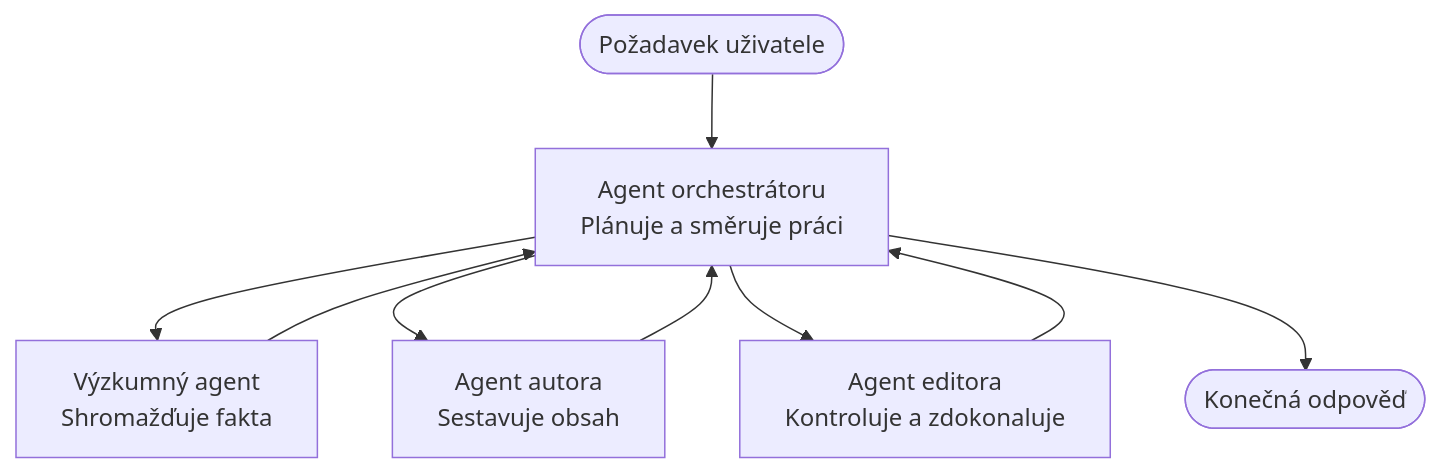
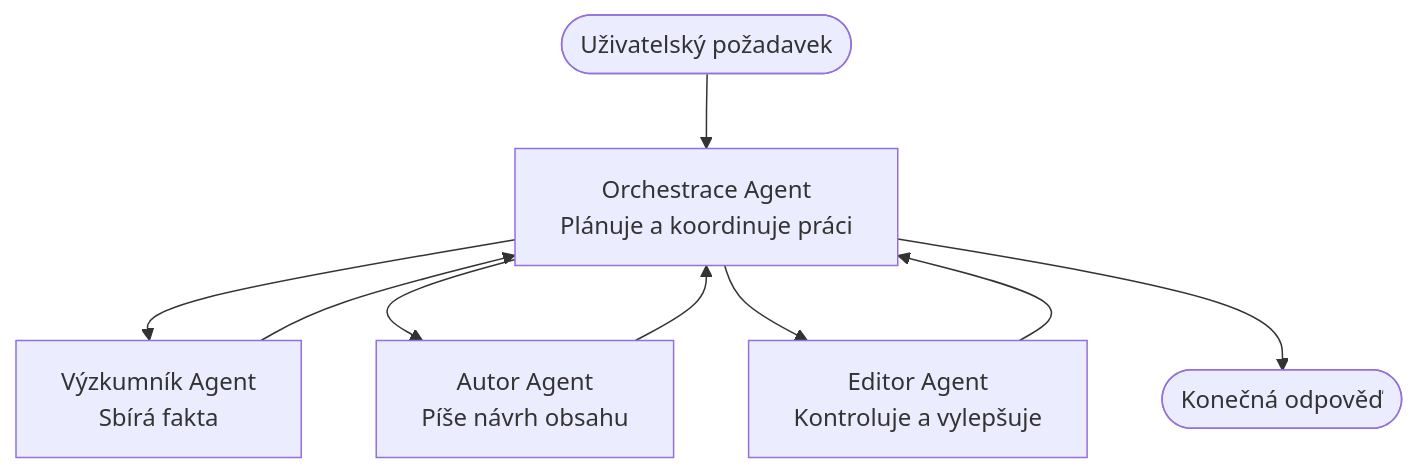
Before and after one commit to microsoft/AZD-for-beginners: the diagram in translations/cs/docs/chapter-05-multi-agent/multi-agent-basics.md, drawn with Mermaid. The commit also changed other lines of this file and 61 other files, not shown here.

````diff
--- a/translations/cs/docs/chapter-05-multi-agent/multi-agent-basics.md
+++ b/translations/cs/docs/chapter-05-multi-agent/multi-agent-basics.md
@@ -43,11 +43,11 @@
 ```mermaid
 graph TD
-    User([Požadavek uživatele]) --> Orchestrator[Agent orchestrátoru<br/>Plánuje a směruje práci]
-    Orchestrator --> Researcher[Výzkumný agent<br/>Shromažďuje fakta]
-    Orchestrator --> Writer[Agent autora<br/>Sestavuje obsah]
-    Orchestrator --> Editor[Agent editora<br/>Kontroluje a zdokonaluje]
+    User([Uživatelský požadavek]) --> Orchestrator[Orchestrace Agent<br/>Plánuje a koordinuje práci]
+    Orchestrator --> Researcher[Výzkumník Agent<br/>Sbírá fakta]
+    Orchestrator --> Writer[Autor Agent<br/>Píše návrh obsahu]
+    Orchestrator --> Editor[Editor Agent<br/>Kontroluje a vylepšuje]
     Researcher --> Orchestrator
     Writer --> Orchestrator
     Editor --> Orchestrator
     Orchestrator --> Result([Konečná odpověď])
 ```
````
